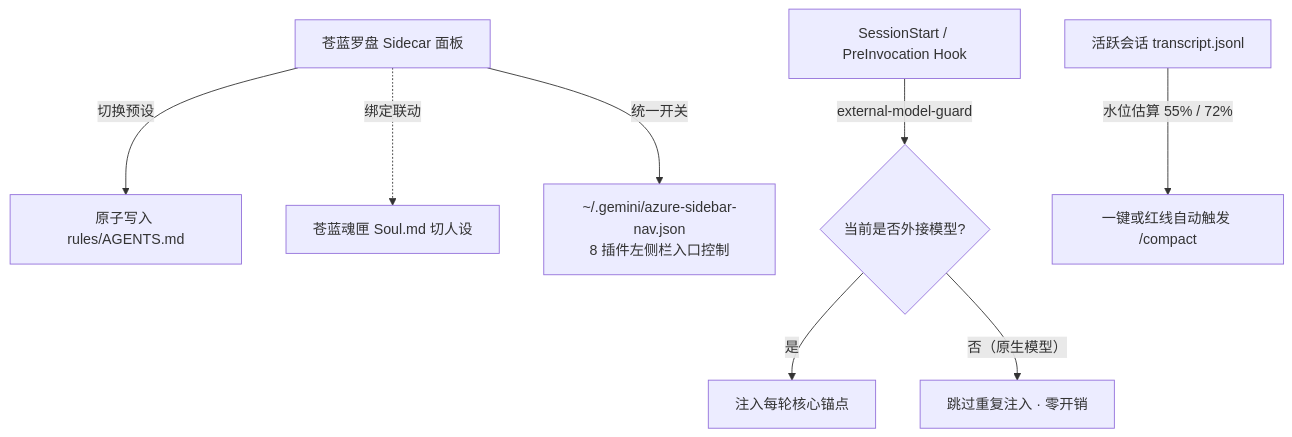
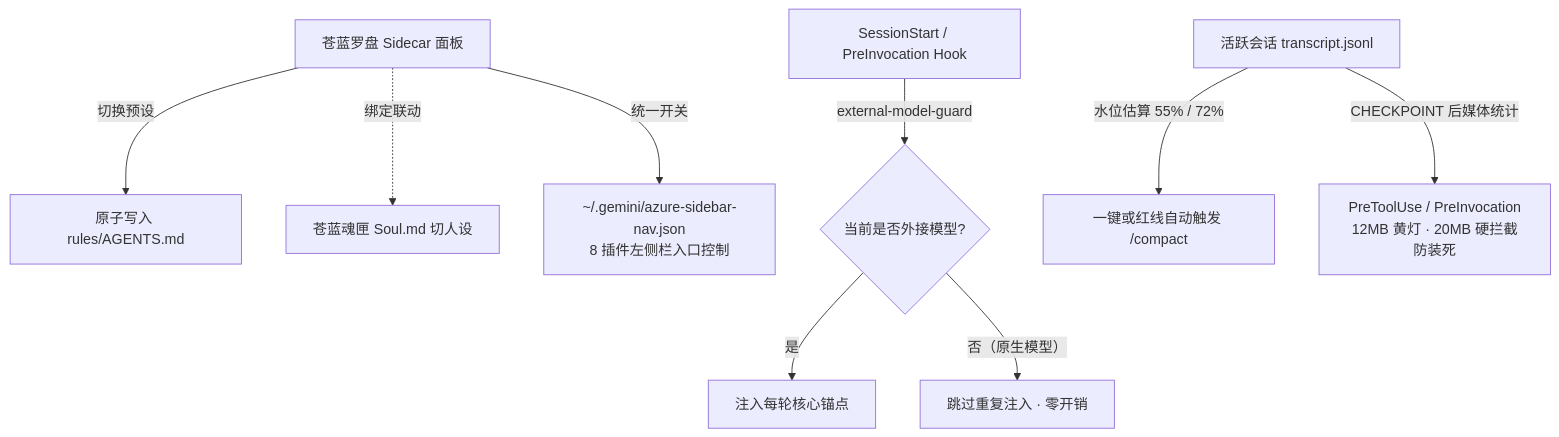
One commit to A16Nights/antigravity-azure-compass changed the diagram in README.md. Above: the diagram before and after it, drawn with Mermaid. The commit also changed other lines of this file and 9 other files, not shown here.

````diff
--- a/README.md
+++ b/README.md
@@ -126,10 +131,11 @@
 ```mermaid
 flowchart TD
   A["苍蓝罗盘 Sidecar 面板"] -->|"切换预设"| B["原子写入 rules/AGENTS.md"]
   A -.->|"绑定联动"| S["苍蓝魂匣 Soul.md 切人设"]
   A -->|"统一开关"| N["~/.gemini/azure-sidebar-nav.json<br/>8 插件左侧栏入口控制"]
   H["SessionStart / PreInvocation Hook"] -->|"external-model-guard"| M{"当前是否外接模型?"}
   M -->|"是"| I["注入每轮核心锚点"]
   M -->|"否（原生模型）"| K["跳过重复注入 · 零开销"]
   T["活跃会话 transcript.jsonl"] -->|"水位估算 55% / 72%"| C["一键或红线自动触发 /compact"]
+  T -->|"CHECKPOINT 后媒体统计"| G["PreToolUse / PreInvocation<br/>12MB 黄灯 · 20MB 硬拦截防装死"]
 ```
````
